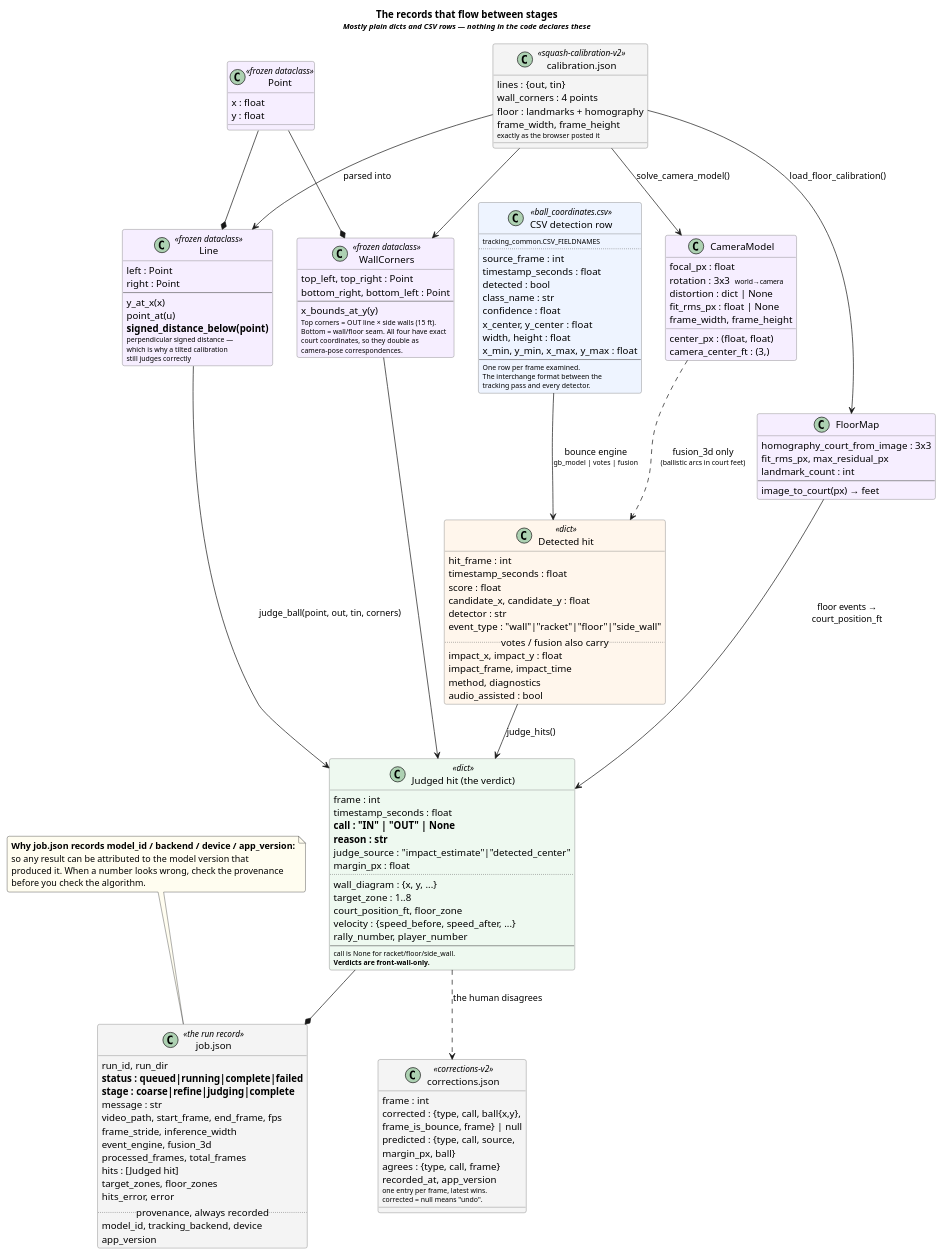
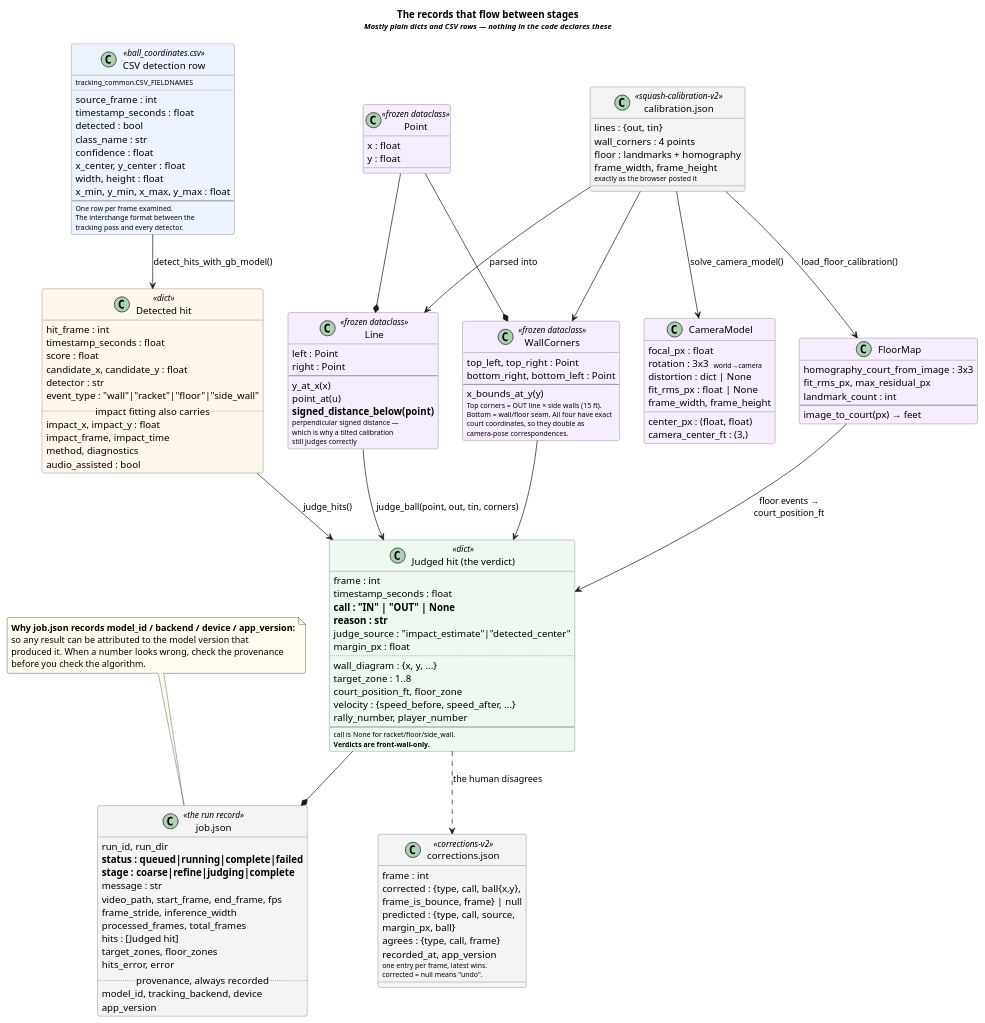
One commit to redcappyal/UCSC-AI-Project changed the seventh of 7 diagrams in docs/architecture.puml. Above: the diagram before and after it, drawn with PlantUML. The commit also changed other lines of this file and 12 other files, not shown here.

```diff
--- a/docs/architecture.puml
+++ b/docs/architecture.puml
@@ -582,166 +572,164 @@
 @startuml data_shapes
 title The records that flow between stages\n<size:11>//Mostly plain dicts and CSV rows — nothing in the code declares these//</size>
 
 skinparam shadowing false
 skinparam roundCorner 6
 skinparam class {
   BackgroundColor #FFFFFF
   BorderColor #666666
 }
 
 class "CSV detection row" as row <<ball_coordinates.csv>> #EEF4FF {
   <size:10>tracking_common.CSV_FIELDNAMES</size>
   ..
   source_frame : int
   timestamp_seconds : float
   detected : bool
   class_name : str
   confidence : float
   x_center, y_center : float
   width, height : float
   x_min, y_min, x_max, y_max : float
   --
   <size:10>One row per frame examined.</size>
   <size:10>The interchange format between the</size>
   <size:10>tracking pass and every detector.</size>
 }
 
 class "Detected hit" as hit <<dict>> #FFF6EC {
   hit_frame : int
   timestamp_seconds : float
   score : float
   candidate_x, candidate_y : float
   detector : str
   event_type : "wall"|"racket"|"floor"|"side_wall"
-  ..votes / fusion also carry..
+  ..impact fitting also carries..
   impact_x, impact_y : float
   impact_frame, impact_time
   method, diagnostics
   audio_assisted : bool
 }
 
 class "Judged hit (the verdict)" as verdict <<dict>> #EEF9F0 {
   frame : int
   timestamp_seconds : float
   **call : "IN" | "OUT" | None**
   **reason : str**
   judge_source : "impact_estimate"|"detected_center"
   margin_px : float
   ..
   wall_diagram : {x, y, ...}
   target_zone : 1..8
   court_position_ft, floor_zone
   velocity : {speed_before, speed_after, ...}
   rally_number, player_number
   --
   <size:10>call is None for racket/floor/side_wall.</size>
   <size:10><b>Verdicts are front-wall-only.</b></size>
 }
 
 class Point <<frozen dataclass>> #F6EEFF {
   x : float
   y : float
 }
 
 class Line <<frozen dataclass>> #F6EEFF {
   left : Point
   right : Point
   --
   y_at_x(x)
   point_at(u)
   **signed_distance_below(point)**
   <size:10>perpendicular signed distance —</size>
   <size:10>which is why a tilted calibration</size>
   <size:10>still judges correctly</size>
 }
 
 class WallCorners <<frozen dataclass>> #F6EEFF {
   top_left, top_right : Point
   bottom_right, bottom_left : Point
   --
   x_bounds_at_y(y)
   <size:10>Top corners = OUT line × side walls (15 ft).</size>
   <size:10>Bottom = wall/floor seam. All four have exact</size>
   <size:10>court coordinates, so they double as</size>
   <size:10>camera-pose correspondences.</size>
 }
 
 class CameraModel #F6EEFF {
   focal_px : float
   center_px : (float, float)
   rotation : 3x3  <size:10>world→camera</size>
   camera_center_ft : (3,)
   distortion : dict | None
   fit_rms_px : float | None
   frame_width, frame_height
 }
 
 class FloorMap #F6EEFF {
   homography_court_from_image : 3x3
   fit_rms_px, max_residual_px
   landmark_count : int
   --
   image_to_court(px) → feet
 }
 
 class "job.json" as job <<the run record>> #F4F4F4 {
   run_id, run_dir
   **status : queued|running|complete|failed**
   **stage : coarse|refine|judging|complete**
   message : str
   video_path, start_frame, end_frame, fps
   frame_stride, inference_width
-  event_engine, fusion_3d
   processed_frames, total_frames
   hits : [Judged hit]
   target_zones, floor_zones
   hits_error, error
   ..provenance, always recorded..
   model_id, tracking_backend, device
   app_version
 }
 
 class "calibration.json" as cal <<squash-calibration-v2>> #F4F4F4 {
   lines : {out, tin}
   wall_corners : 4 points
   floor : landmarks + homography
   frame_width, frame_height
   <size:10>exactly as the browser posted it</size>
 }
 
 class "corrections.json" as corr <<corrections-v2>> #F4F4F4 {
   frame : int
   corrected : {type, call, ball{x,y},
        frame_is_bounce, frame} | null
   predicted : {type, call, source,
        margin_px, ball}
   agrees : {type, call, frame}
   recorded_at, app_version
   <size:10>one entry per frame, latest wins.</size>
   <size:10>corrected = null means "undo".</size>
 }
 
-row --> hit : bounce engine\n<size:10>gb_model | votes | fusion</size>
+row --> hit : detect_hits_with_gb_model()
 hit --> verdict : judge_hits()
 Line --> verdict : judge_ball(point, out, tin, corners)
 WallCorners --> verdict
 Point --* Line
 Point --* WallCorners
 cal --> Line : parsed into
 cal --> WallCorners
 cal --> CameraModel : solve_camera_model()
 cal --> FloorMap : load_floor_calibration()
-CameraModel ..> hit : fusion_3d only\n<size:10>(ballistic arcs in court feet)</size>
 FloorMap --> verdict : floor events →\ncourt_position_ft
 verdict --* job
 verdict ..> corr : the human disagrees
 
 note as nprov #FFFDF0
   <b>Why job.json records model_id / backend / device / app_version:</b>
   so any result can be attributed to the model version that
   produced it. When a number looks wrong, check the provenance
   before you check the algorithm.
 end note
 nprov .. job
 
 @enduml
```
